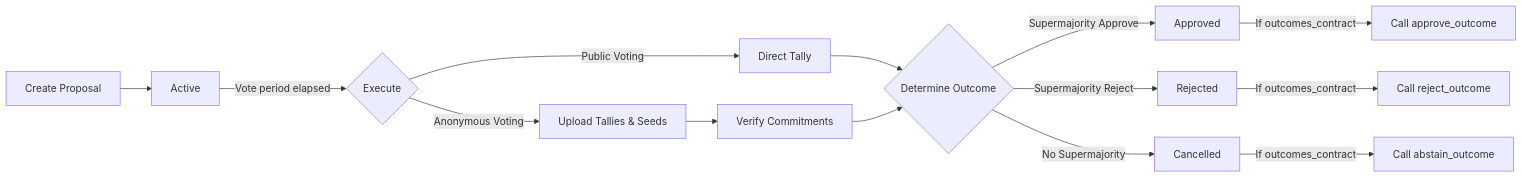
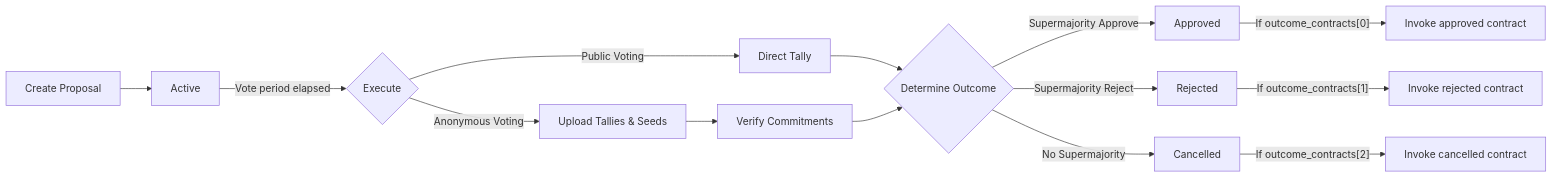
One commit to tupui/soroban-versioning changed the first of 3 diagrams in website/docs/developers/governance.mdx. Above: the diagram before and after it, drawn with Mermaid. The commit also changed other lines of this file and 4 other files, not shown here.

````diff
--- a/website/docs/developers/governance.mdx
+++ b/website/docs/developers/governance.mdx
@@ -11,16 +11,16 @@
 ```mermaid
 graph LR;
     A[Create Proposal] --> B[Active];
     B -->|Vote period elapsed| C{Execute};
     C -->|Public Voting| D[Direct Tally];
     C -->|Anonymous Voting| E[Upload Tallies & Seeds];
     D --> F{Determine Outcome};
     E --> G[Verify Commitments];
     G --> F;
     F -->|Supermajority Approve| H[Approved];
     F -->|Supermajority Reject| I[Rejected];
     F -->|No Supermajority| J[Cancelled];
-    H -->|If outcomes_contract| K[Call approve_outcome];
-    I -->|If outcomes_contract| L[Call reject_outcome];
-    J -->|If outcomes_contract| M[Call abstain_outcome];
+    H -->|"If outcome_contracts[0]"| K["Invoke approved contract"];
+    I -->|"If outcome_contracts[1]"| L["Invoke rejected contract"];
+    J -->|"If outcome_contracts[2]"| M["Invoke cancelled contract"];
 ```
````
